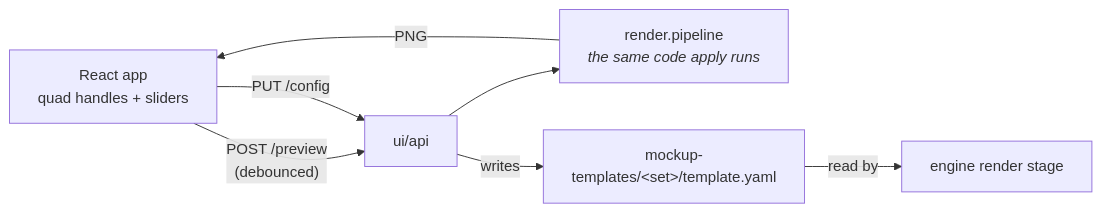
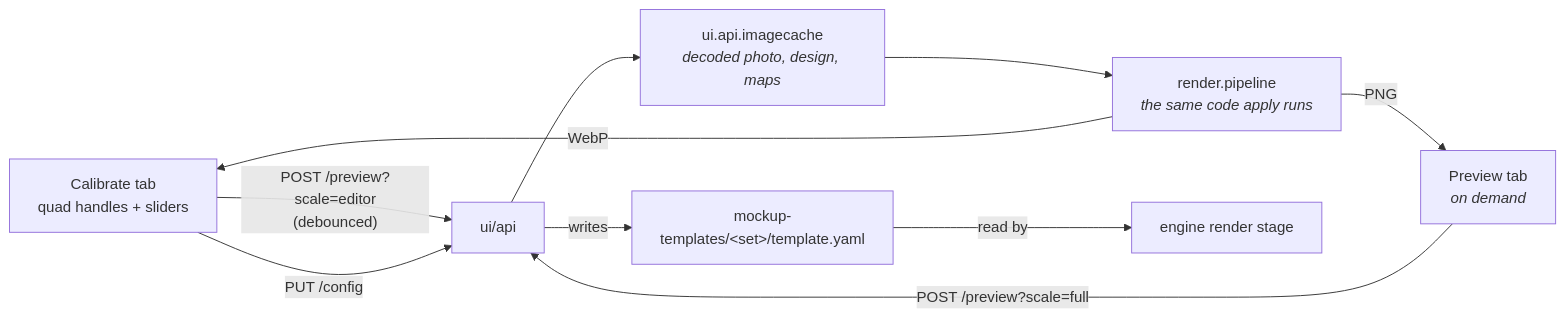
The fifth of 5 diagrams in docs/architecture.md (eli-jordan/etsy-listing-automation), drawn with Mermaid before and after one commit. The commit also changed other lines of this file and 31 other files, not shown here.

````diff
--- a/docs/architecture.md
+++ b/docs/architecture.md
@@ -186,9 +186,12 @@
 ```mermaid
 graph LR
-    Browser["React app<br/>quad handles + sliders"] -->|"POST /preview<br/>(debounced)"| API["ui/api"]
-    API --> RenderPipe["render.pipeline<br/><i>the same code apply runs</i>"]
-    RenderPipe -->|PNG| Browser
-    Browser -->|"PUT /config"| API
+    Canvas["Calibrate tab<br/>quad handles + sliders"] -->|"POST /preview?scale=editor<br/>(debounced)"| API["ui/api"]
+    Tab["Preview tab<br/><i>on demand</i>"] -->|"POST /preview?scale=full"| API
+    API --> Cache["ui.api.imagecache<br/><i>decoded photo, design, maps</i>"]
+    Cache --> RenderPipe["render.pipeline<br/><i>the same code apply runs</i>"]
+    RenderPipe -->|WebP| Canvas
+    RenderPipe -->|PNG| Tab
+    Canvas -->|"PUT /config"| API
     API -->|writes| Yaml["mockup-templates/&lt;set&gt;/template.yaml"]
     Yaml -->|read by| Stage["engine render stage"]
 ```
````
